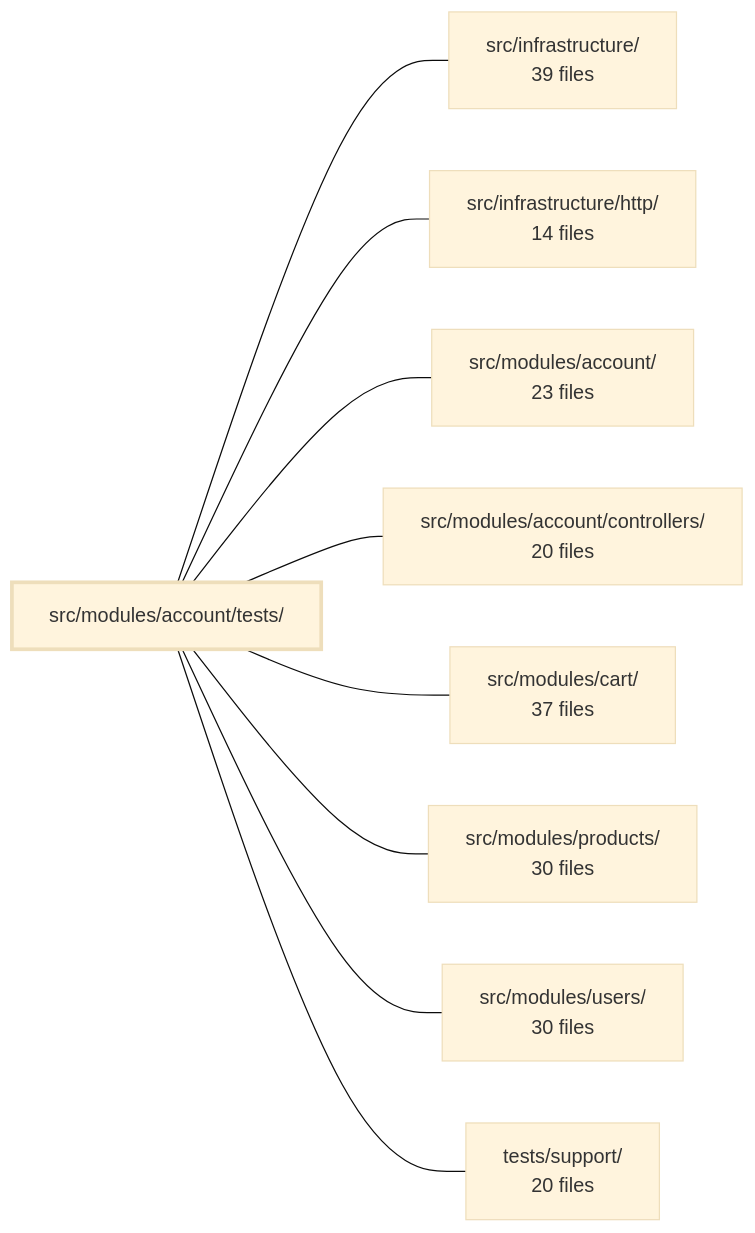
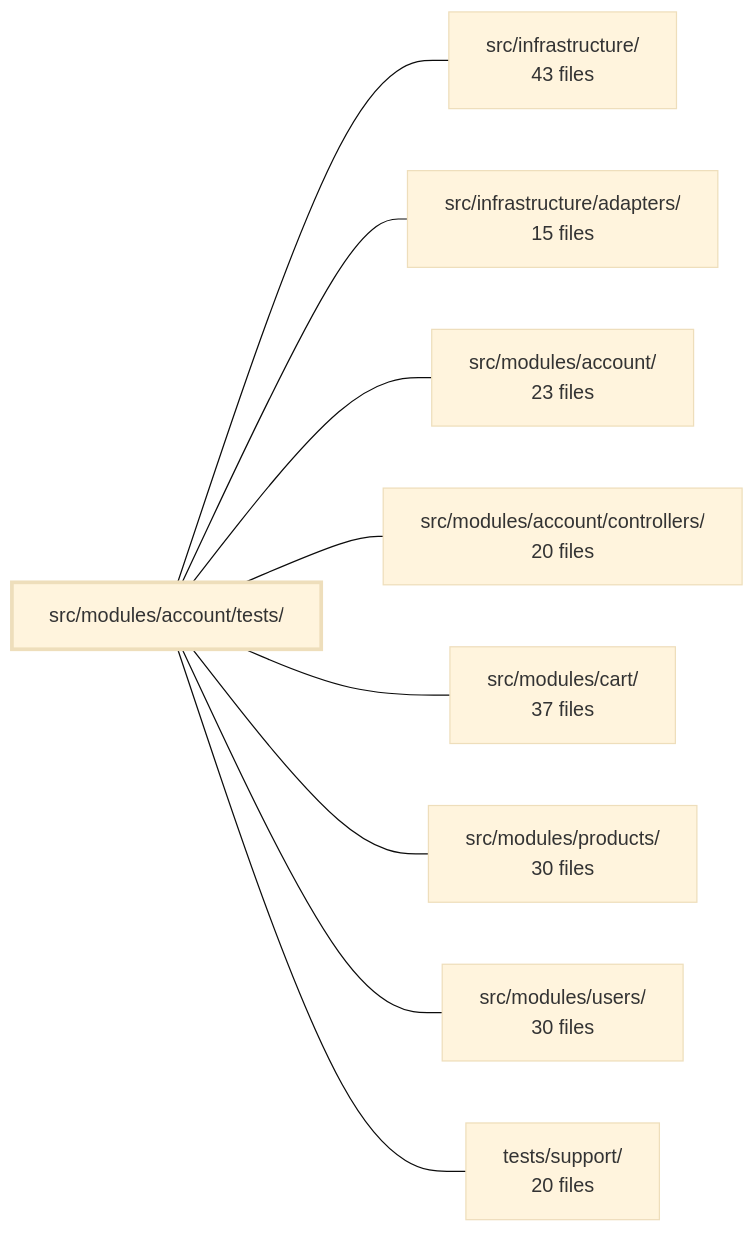
Before and after one commit to Guebbit/boilerplate-node-backend: the diagram in .2repo/modules/boilerplate-node-backend_src_modules_account_tests.md, drawn with Mermaid (base theme). The commit also changed other lines of this file and 625 other files, not shown here.

````diff
--- a/.2repo/modules/boilerplate-node-backend_src_modules_account_tests.md
+++ b/.2repo/modules/boilerplate-node-backend_src_modules_account_tests.md
@@ -49,21 +44,21 @@
 ```mermaid
 flowchart LR
     m_src_modules_account_tests["src/modules/account/tests/"]
-    m_src_infrastructure["src/infrastructure/<br/>39 files"]
-    m_src_infrastructure_http["src/infrastructure/http/<br/>14 files"]
+    m_src_infrastructure["src/infrastructure/<br/>43 files"]
+    m_src_infrastructure_adapters["src/infrastructure/adapters/<br/>15 files"]
     m_src_modules_account["src/modules/account/<br/>23 files"]
     m_src_modules_account_controllers["src/modules/account/controllers/<br/>20 files"]
     m_src_modules_cart["src/modules/cart/<br/>37 files"]
     m_src_modules_products["src/modules/products/<br/>30 files"]
     m_src_modules_users["src/modules/users/<br/>30 files"]
     m_tests_support["tests/support/<br/>20 files"]
     m_src_modules_account_tests --- m_src_infrastructure
-    m_src_modules_account_tests --- m_src_infrastructure_http
+    m_src_modules_account_tests --- m_src_infrastructure_adapters
     m_src_modules_account_tests --- m_src_modules_account
     m_src_modules_account_tests --- m_src_modules_account_controllers
     m_src_modules_account_tests --- m_src_modules_cart
     m_src_modules_account_tests --- m_src_modules_products
     m_src_modules_account_tests --- m_src_modules_users
     m_src_modules_account_tests --- m_tests_support
     style m_src_modules_account_tests stroke-width:3px
 ```
````
